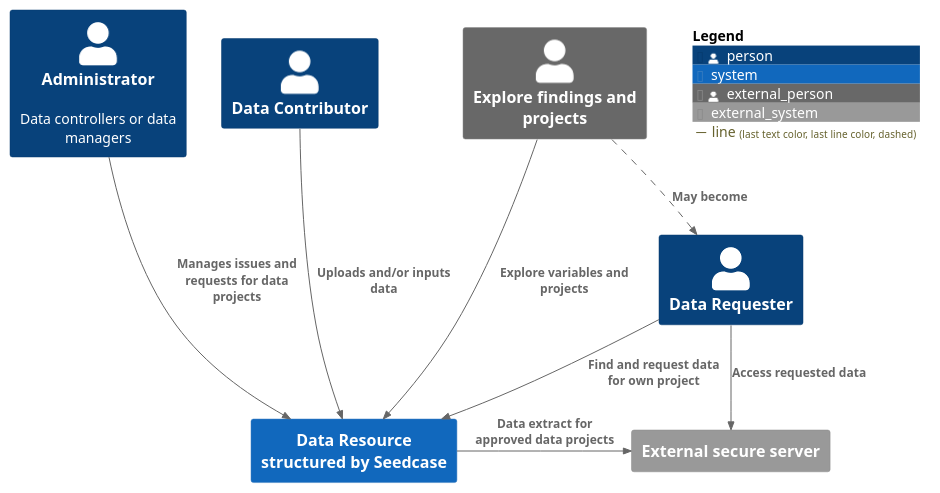
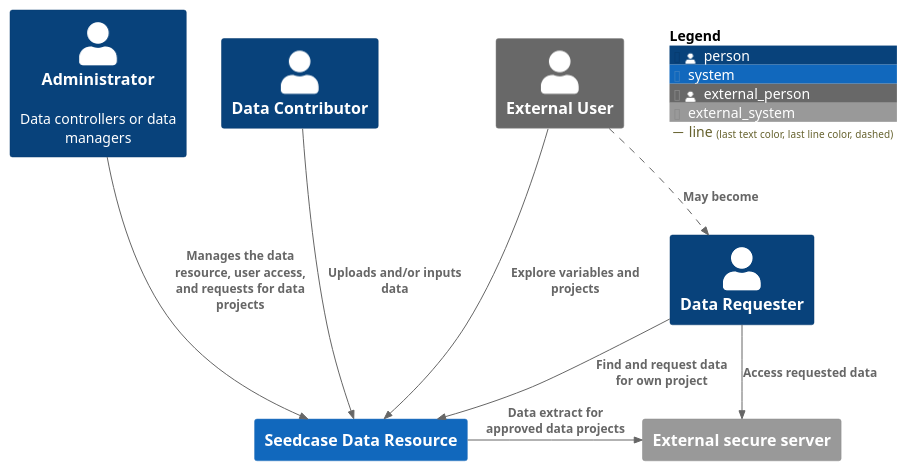
One commit to seedcase-project/design changed the diagram in images/context.puml. Above: the diagram before and after it, drawn with PlantUML.

Commit message:
Apply suggestions from code review

```diff
--- a/images/context.puml
+++ b/images/context.puml
@@ -1,30 +1,30 @@
 @startuml c4-context
 !include https://raw.githubusercontent.com/plantuml-stdlib/C4-PlantUML/master/C4_Context.puml
 
 Person(user_input, "Data Contributor")
 Person(user_request, "Data Requester")
 Person(user_admin, "Administrator", "Data controllers or data managers")
 
-Person_Ext(user_results, "Explore findings and projects")
+Person_Ext(user_results, "External User")
 
 Lay_R(user_admin, user_input)
 Lay_R(user_input, user_results)
 Lay_R(user_results, user_request)
 
 
 AddRelTag("line", $lineStyle = DashedLine())
 
-System(ui, "Data Resource structured by Seedcase")
+System(ui, "Seedcase Data Resource")
 System_Ext(external_server, "External secure server")
 
 Rel(user_input, ui, "Uploads and/or inputs data")
 Rel(user_request, ui, "Find and request data for own project")
-Rel(user_admin, ui, "Manages issues and requests for data projects")
+Rel(user_admin, ui, "Manages the data resource, user access, and requests for data projects")
 Rel(user_results, ui, "Explore variables and projects")
 Rel(user_results, user_request, "May become", $tags="line")
 
 Rel_Right(ui, external_server, "Data extract for approved data projects")
 Rel(user_request, external_server, "Access requested data")
 
 SHOW_FLOATING_LEGEND()
 @enduml
```
